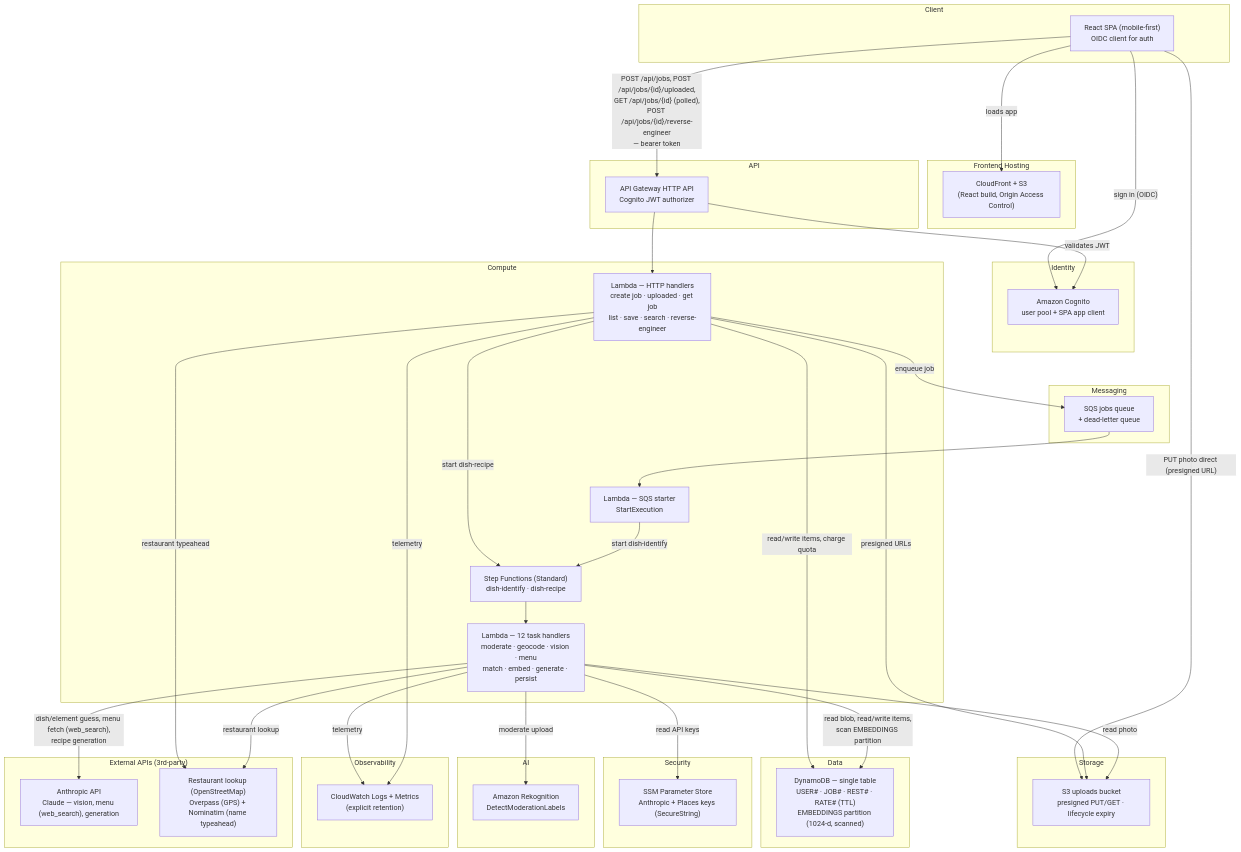
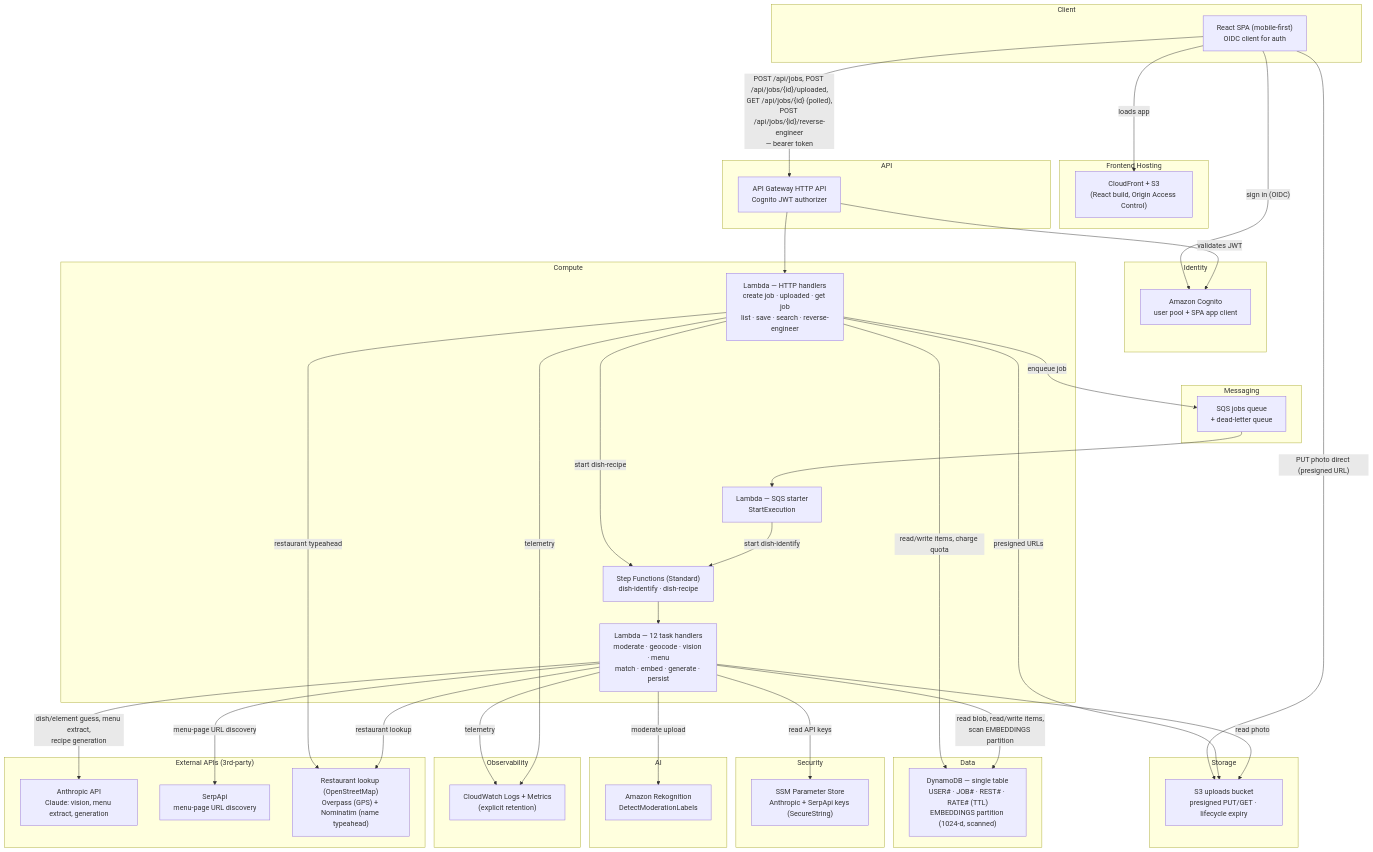
The diagram in docs/architecture.md (joelwood420/Replate), drawn with Mermaid before and after one commit. The commit also changed other lines of this file and 3 other files, not shown here.

````diff
--- a/docs/architecture.md
+++ b/docs/architecture.md
@@ -30,80 +32,82 @@
 ```mermaid
 flowchart TB
     subgraph Client["Client"]
         Browser["React SPA (mobile-first)<br/>OIDC client for auth"]
     end
 
     subgraph Identity["Identity"]
         Cognito["Amazon Cognito<br/>user pool + SPA app client"]
     end
 
     subgraph Hosting["Frontend Hosting"]
         CF["CloudFront + S3<br/>(React build, Origin Access Control)"]
     end
 
     subgraph Edge["API"]
         APIGW["API Gateway HTTP API<br/>Cognito JWT authorizer"]
     end
 
     subgraph Compute["Compute"]
         HttpFns["Lambda — HTTP handlers<br/>create job · uploaded · get job<br/>list · save · search · reverse-engineer"]
         Starter["Lambda — SQS starter<br/>StartExecution"]
         SFN["Step Functions (Standard)<br/>dish-identify · dish-recipe"]
         TaskFns["Lambda — 12 task handlers<br/>moderate · geocode · vision · menu<br/>match · embed · generate · persist"]
     end
 
     subgraph Messaging["Messaging"]
         SQS["SQS jobs queue<br/>+ dead-letter queue"]
     end
 
     subgraph Storage["Storage"]
         S3U["S3 uploads bucket<br/>presigned PUT/GET · lifecycle expiry"]
     end
 
     subgraph Data["Data"]
         DDB["DynamoDB — single table<br/>USER# · JOB# · REST# · RATE# (TTL)<br/>EMBEDDINGS partition (1024-d, scanned)"]
     end
 
     subgraph Security["Security"]
-        SSM["SSM Parameter Store<br/>Anthropic + Places keys (SecureString)"]
+        SSM["SSM Parameter Store<br/>Anthropic + SerpApi keys (SecureString)"]
     end
 
     subgraph AI["AI"]
         Rek["Amazon Rekognition<br/>DetectModerationLabels"]
     end
 
     subgraph Observability["Observability"]
         CW["CloudWatch Logs + Metrics<br/>(explicit retention)"]
     end
 
     subgraph External["External APIs (3rd-party)"]
-        Anthropic["Anthropic API<br/>Claude — vision, menu (web_search), generation"]
+        Anthropic["Anthropic API<br/>Claude: vision, menu extract, generation"]
+        SerpApi["SerpApi<br/>menu-page URL discovery"]
         Places["Restaurant lookup (OpenStreetMap)<br/>Overpass (GPS) + Nominatim (name typeahead)"]
     end
 
     Browser -- "sign in (OIDC)" --> Cognito
     Browser -- "loads app" --> CF
     Browser -- "POST /api/jobs, POST /api/jobs/{id}/uploaded,<br/>GET /api/jobs/{id} (polled),<br/>POST /api/jobs/{id}/reverse-engineer<br/>— bearer token" --> APIGW
     Browser -- "PUT photo direct (presigned URL)" --> S3U
 
     APIGW -- "validates JWT" --> Cognito
     APIGW --> HttpFns
     HttpFns -- "presigned URLs" --> S3U
     HttpFns -- "enqueue job" --> SQS
     HttpFns -- "read/write items, charge quota" --> DDB
     HttpFns -- "start dish-recipe" --> SFN
     HttpFns -- "restaurant typeahead" --> Places
 
     SQS --> Starter
     Starter -- "start dish-identify" --> SFN
     SFN --> TaskFns
 
     TaskFns -- "moderate upload" --> Rek
-    TaskFns -- "dish/element guess, menu fetch (web_search),<br/>recipe generation" --> Anthropic
+    TaskFns -- "dish/element guess, menu extract,<br/>recipe generation" --> Anthropic
+    TaskFns -- "menu-page URL discovery" --> SerpApi
     TaskFns -- "restaurant lookup" --> Places
     TaskFns -- "read blob, read/write items,<br/>scan EMBEDDINGS partition" --> DDB
     TaskFns -- "read photo" --> S3U
     TaskFns -- "read API keys" --> SSM
     TaskFns -- "telemetry" --> CW
     HttpFns -- "telemetry" --> CW
 ```
````
